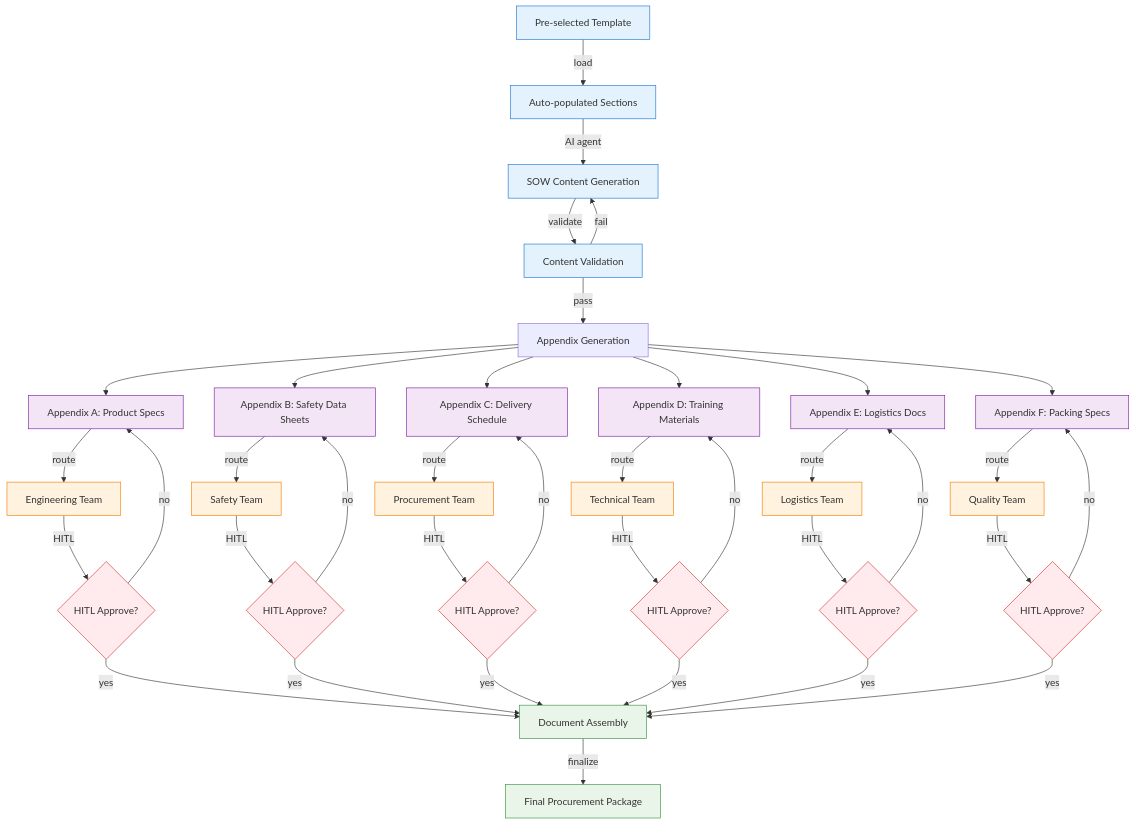
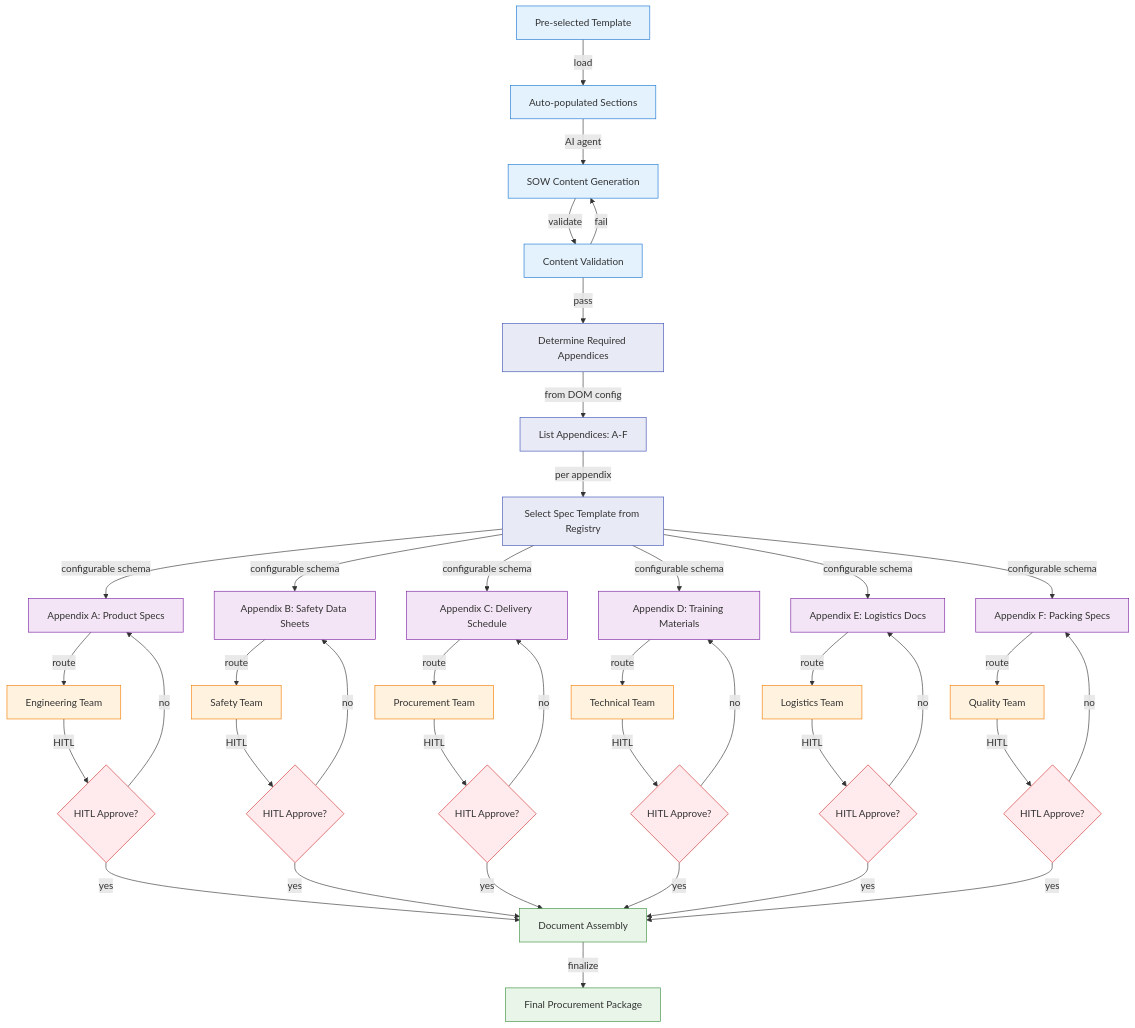
The sixth of 13 diagrams in disciplines/01900-procurement/UI-UX-SPECIFICATION.md (Construct-AI-primary/docs-paperclip), drawn with Mermaid before and after one commit. The commit also changed other lines of this file and 8 other files, not shown here.

First line of the commit message:
feat: add Mermaid Diagram Template System with agent skills and procedure

````diff
--- a/disciplines/01900-procurement/UI-UX-SPECIFICATION.md
+++ b/disciplines/01900-procurement/UI-UX-SPECIFICATION.md
@@ -264,57 +287,62 @@
 ```mermaid
 flowchart TD
     PRESELECT[Pre-selected Template] -->|load| SECTIONS[Auto-populated Sections]
     SECTIONS -->|AI agent| SOW[SOW Content Generation]
     SOW -->|validate| VALIDATE[Content Validation]
-    VALIDATE -->|pass| APP_GEN[Appendix Generation]
+    VALIDATE -->|pass| APP_PLAN[Determine Required Appendices]
     VALIDATE -->|fail| SOW
 
-    APP_GEN --> APP_A[Appendix A: Product Specs]
-    APP_GEN --> APP_B[Appendix B: Safety Data Sheets]
-    APP_GEN --> APP_C[Appendix C: Delivery Schedule]
-    APP_GEN --> APP_D[Appendix D: Training Materials]
-    APP_GEN --> APP_E[Appendix E: Logistics Docs]
-    APP_GEN --> APP_F[Appendix F: Packing Specs]
+    APP_PLAN -->|from DOM config| APP_LIST[List Appendices: A-F]
+    APP_LIST -->|per appendix| TEMPLATE_SEL[Select Spec Template from Registry]
+
+    TEMPLATE_SEL -->|configurable schema| APP_A[Appendix A: Product Specs]
+    TEMPLATE_SEL -->|configurable schema| APP_B[Appendix B: Safety Data Sheets]
+    TEMPLATE_SEL -->|configurable schema| APP_C[Appendix C: Delivery Schedule]
+    TEMPLATE_SEL -->|configurable schema| APP_D[Appendix D: Training Materials]
+    TEMPLATE_SEL -->|configurable schema| APP_E[Appendix E: Logistics Docs]
+    TEMPLATE_SEL -->|configurable schema| APP_F[Appendix F: Packing Specs]
 
     APP_A -->|route| ENG[Engineering Team]
     APP_B -->|route| SAFETY[Safety Team]
     APP_C -->|route| PROCURE[Procurement Team]
     APP_D -->|route| TECH[Technical Team]
     APP_E -->|route| LOGISTICS[Logistics Team]
     APP_F -->|route| QUALITY[Quality Team]
 
     ENG -->|HITL| HITL_A{HITL Approve?}
     SAFETY -->|HITL| HITL_B{HITL Approve?}
     PROCURE -->|HITL| HITL_C{HITL Approve?}
     TECH -->|HITL| HITL_D{HITL Approve?}
     LOGISTICS -->|HITL| HITL_E{HITL Approve?}
     QUALITY -->|HITL| HITL_F{HITL Approve?}
 
     HITL_A -->|yes| ASSEMBLE[Document Assembly]
     HITL_B -->|yes| ASSEMBLE
     HITL_C -->|yes| ASSEMBLE
     HITL_D -->|yes| ASSEMBLE
     HITL_E -->|yes| ASSEMBLE
     HITL_F -->|yes| ASSEMBLE
 
     HITL_A -->|no| APP_A
     HITL_B -->|no| APP_B
     HITL_C -->|no| APP_C
     HITL_D -->|no| APP_D
     HITL_E -->|no| APP_E
     HITL_F -->|no| APP_F
 
     ASSEMBLE -->|finalize| PACKAGE[Final Procurement Package]
 
     classDef sow fill:#e3f2fd,stroke:#1976d2
     classDef appendix fill:#f3e5f5,stroke:#7b1fa2
     classDef route fill:#fff3e0,stroke:#f57c00
     classDef hitl fill:#ffebee,stroke:#d32f2f
     classDef final fill:#e8f5e8,stroke:#388e3c
+    classDef template fill:#e8eaf6,stroke:#3f51b5
 
     class PRESELECT,SECTIONS,SOW,VALIDATE sow
+    class APP_PLAN,APP_LIST,TEMPLATE_SEL template
     class APP_A,APP_B,APP_C,APP_D,APP_E,APP_F appendix
     class ENG,SAFETY,PROCURE,TECH,LOGISTICS,QUALITY route
     class HITL_A,HITL_B,HITL_C,HITL_D,HITL_E,HITL_F hitl
     class ASSEMBLE,PACKAGE final
 ```
````
